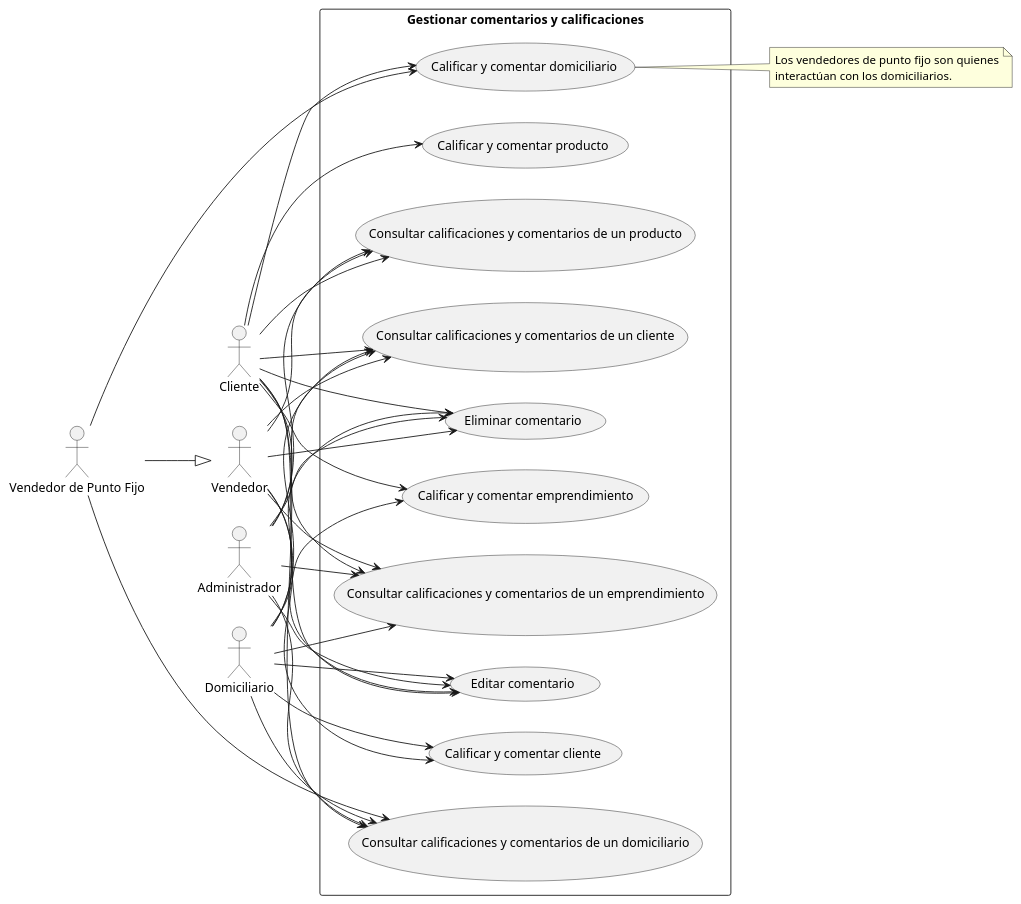
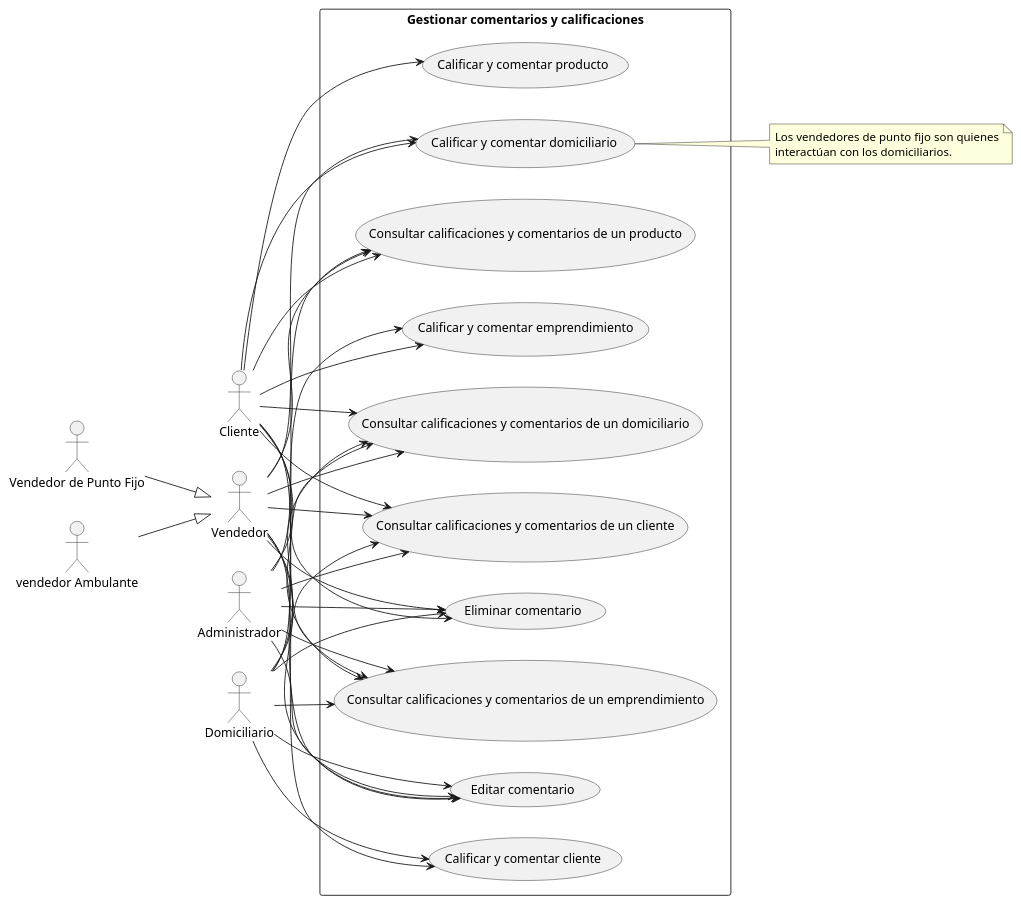
Before and after one commit to RAAR-18/napa: the diagram in casos de uso/gestionar_comentarios_calificaciones.puml, drawn with PlantUML. The commit also changed 1 other file, not shown here.

```diff
--- a/casos de uso/gestionar_comentarios_calificaciones.puml
+++ b/casos de uso/gestionar_comentarios_calificaciones.puml
@@ -1,66 +1,67 @@
 @startuml
 
 left to right direction
 
 actor "Cliente" as c
 actor "Vendedor" as v
 actor "Vendedor de Punto Fijo" as vpf
+actor "vendedor Ambulante" as va
 actor "Domiciliario" as d
 actor "Administrador" as adm
 
 vpf --|> v
+va --|> v
 
 rectangle "Gestionar comentarios y calificaciones" {
     usecase "Calificar y comentar emprendimiento" as UC1
     usecase "Calificar y comentar producto" as UC2
     usecase "Calificar y comentar domiciliario" as UC3
     usecase "Calificar y comentar cliente" as UC4
     usecase "Consultar calificaciones y comentarios de un emprendimiento" as UC5
     usecase "Consultar calificaciones y comentarios de un producto" as UC6
     usecase "Consultar calificaciones y comentarios de un domiciliario" as UC7
     usecase "Consultar calificaciones y comentarios de un cliente" as UC8
     usecase "Eliminar comentario" as UC9
     usecase "Editar comentario" as UC10
 }
 
 c --> UC1
 c --> UC2
 c --> UC3
 c --> UC5
 c --> UC6
 c --> UC7
 c --> UC8
 c --> UC9
 c --> UC10
 
 v --> UC4
 v --> UC5
 v --> UC6
 v --> UC8
 v --> UC9
 v --> UC10
-
-vpf --> UC3
-vpf --> UC7
+v --> UC3
+v --> UC7
 
 d --> UC1
 d --> UC4
 d --> UC5
 d --> UC7
 d --> UC8
 d --> UC9
 d --> UC10
 
 adm --> UC5
 adm --> UC6
 adm --> UC7
 adm --> UC8
 adm --> UC9
 adm --> UC10
 
 note right of UC3
   Los vendedores de punto fijo son quienes
   interactúan con los domiciliarios.
 end note
 
 @enduml
```
